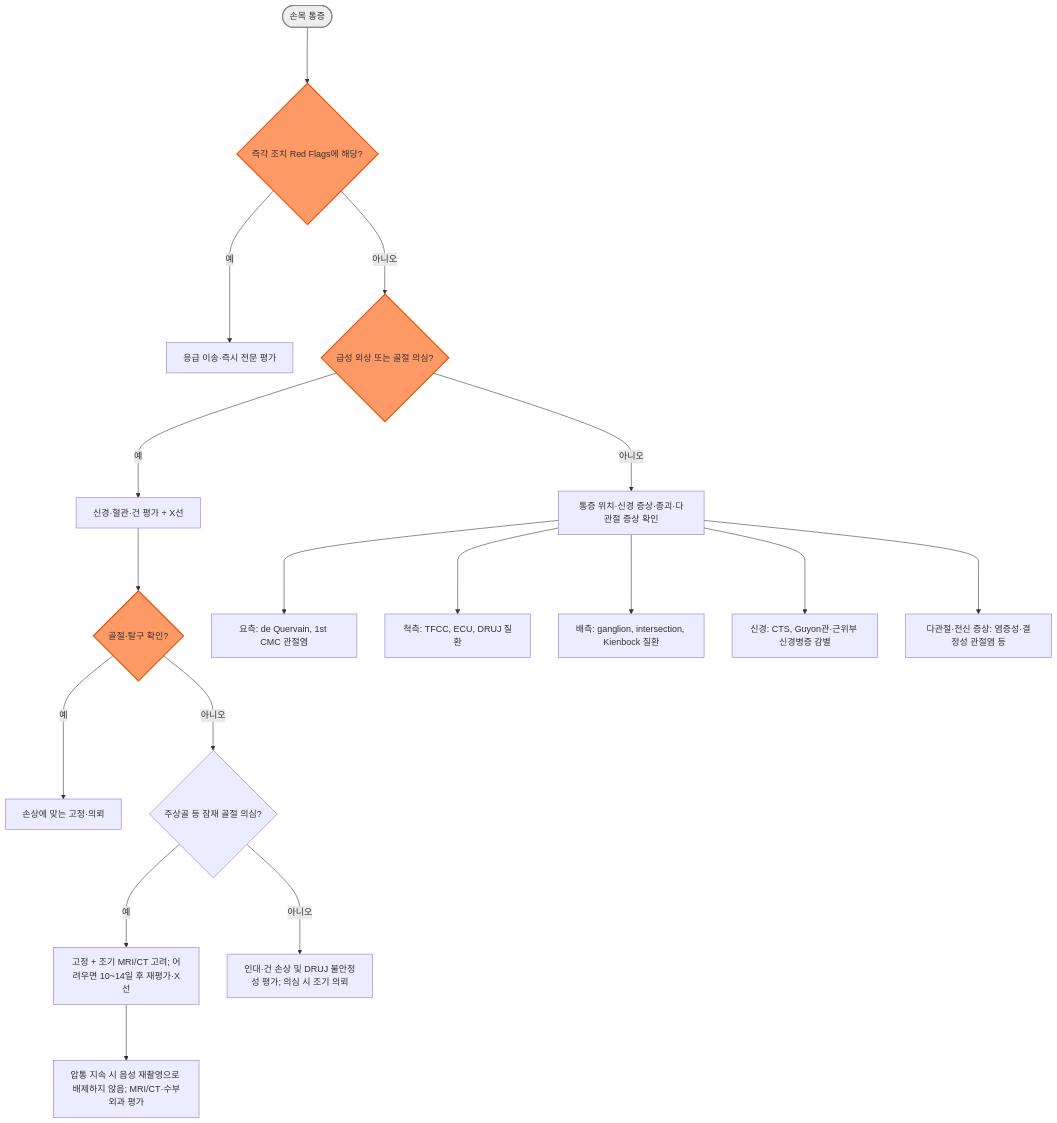
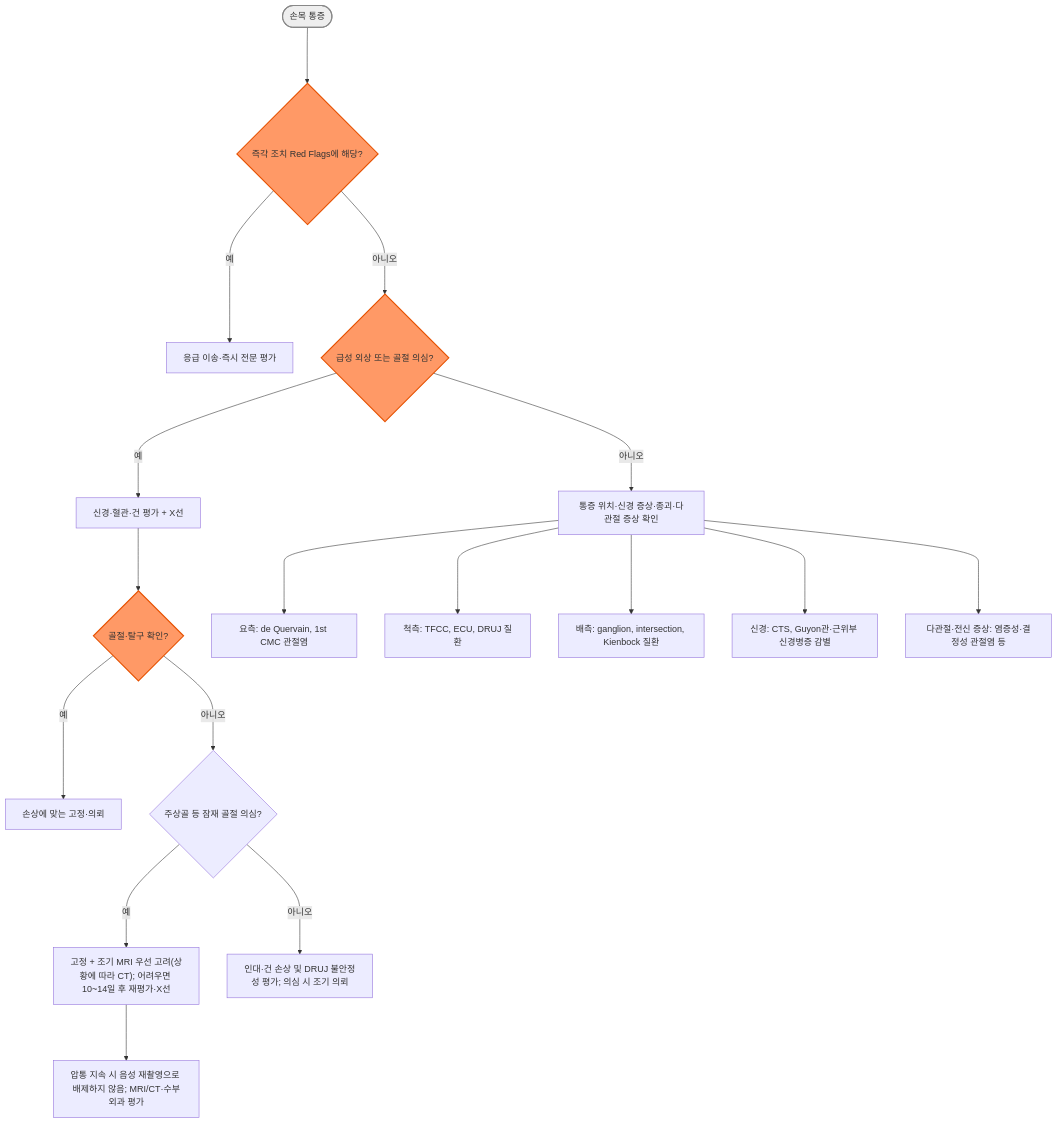
One commit to familyoh77/familyoh77 changed the diagram in 228_/141_-wrist-pain.md. Above: the diagram before and after it, drawn with Mermaid. The commit also changed other lines of this file and 20 other files, not shown here.

````diff
--- a/228_/141_-wrist-pain.md
+++ b/228_/141_-wrist-pain.md
@@ -194,23 +203,23 @@
 ```mermaid
 graph TD
     Start(["손목 통증"]) ---> RF{"즉각 조치 Red Flags에 해당?"}
     RF --->|예| ER["응급 이송·즉시 전문 평가"]
     RF --->|아니오| Trauma{"급성 외상 또는 골절 의심?"}
     Trauma --->|예| XR["신경·혈관·건 평가 + X선"]
     XR ---> Result{"골절·탈구 확인?"}
     Result --->|예| Fix["손상에 맞는 고정·의뢰"]
     Result --->|아니오| Susp{"주상골 등 잠재 골절 의심?"}
-    Susp --->|예| Occult["고정 + 조기 MRI/CT 고려; 어려우면 10~14일 후 재평가·X선"]
+    Susp --->|예| Occult["고정 + 조기 MRI 우선 고려(상황에 따라 CT); 어려우면 10~14일 후 재평가·X선"]
     Occult ---> Persist["압통 지속 시 음성 재촬영으로 배제하지 않음; MRI/CT·수부외과 평가"]
     Susp --->|아니오| Soft["인대·건 손상 및 DRUJ 불안정성 평가; 의심 시 조기 의뢰"]
     Trauma --->|아니오| Local["통증 위치·신경 증상·종괴·다관절 증상 확인"]
     Local ---> Radial["요측: de Quervain, 1st CMC 관절염"]
     Local ---> Ulnar["척측: TFCC, ECU, DRUJ 질환"]
     Local ---> Dorsal["배측: ganglion, intersection, Kienbock 질환"]
     Local ---> Neuro["신경: CTS, Guyon관·근위부 신경병증 감별"]
     Local ---> Systemic["다관절·전신 증상: 염증성·결정성 관절염 등"]
     classDef startNode fill:#eeeeee,stroke:#888888,stroke-width:2px
     classDef mainNode fill:#f96,stroke:#e65100,stroke-width:2px
     class Start startNode
     class RF,Trauma,Result mainNode
 ```
````
